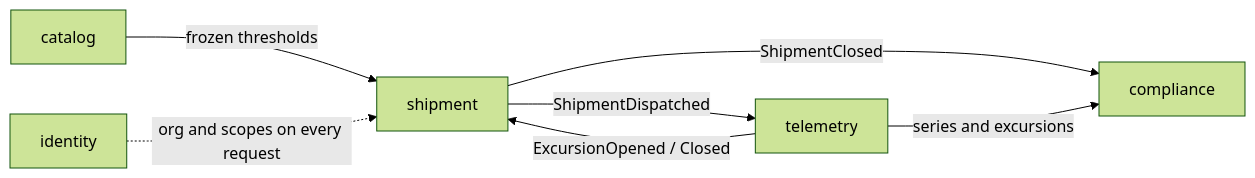
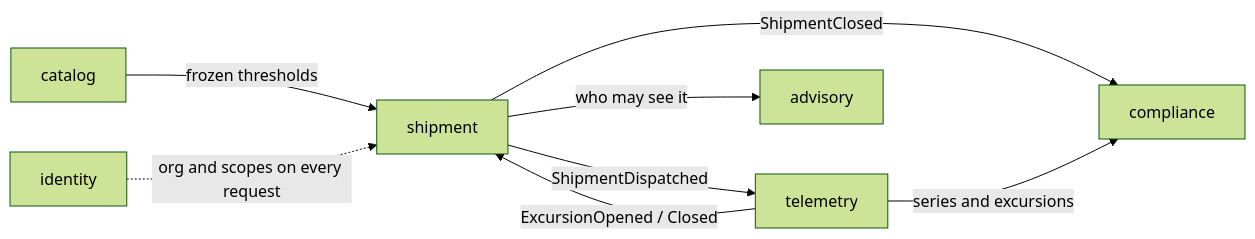
Before and after one commit to jorge-lherrera/coldchain-api: the diagram in README.md, drawn with Mermaid (forest theme). The commit also changed other lines of this file and 6 other files, not shown here.

````diff
--- a/README.md
+++ b/README.md
@@ -51,9 +53,10 @@
 ```mermaid
 flowchart LR
   catalog -- "frozen thresholds" --> shipment
   shipment -- "ShipmentDispatched" --> telemetry
   telemetry -- "ExcursionOpened / Closed" --> shipment
   shipment -- "ShipmentClosed" --> compliance
   telemetry -- "series and excursions" --> compliance
   identity -. "org and scopes on every request" .-> shipment
+  shipment -- "who may see it" --> advisory
 ```
````
